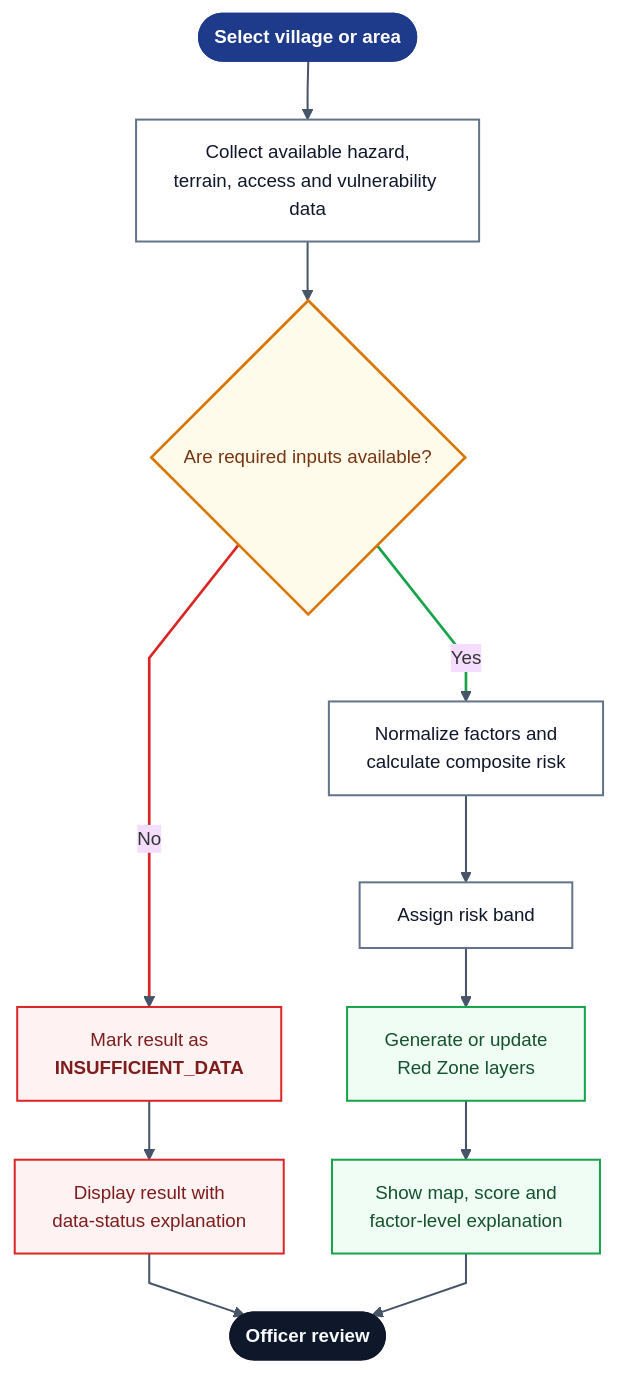
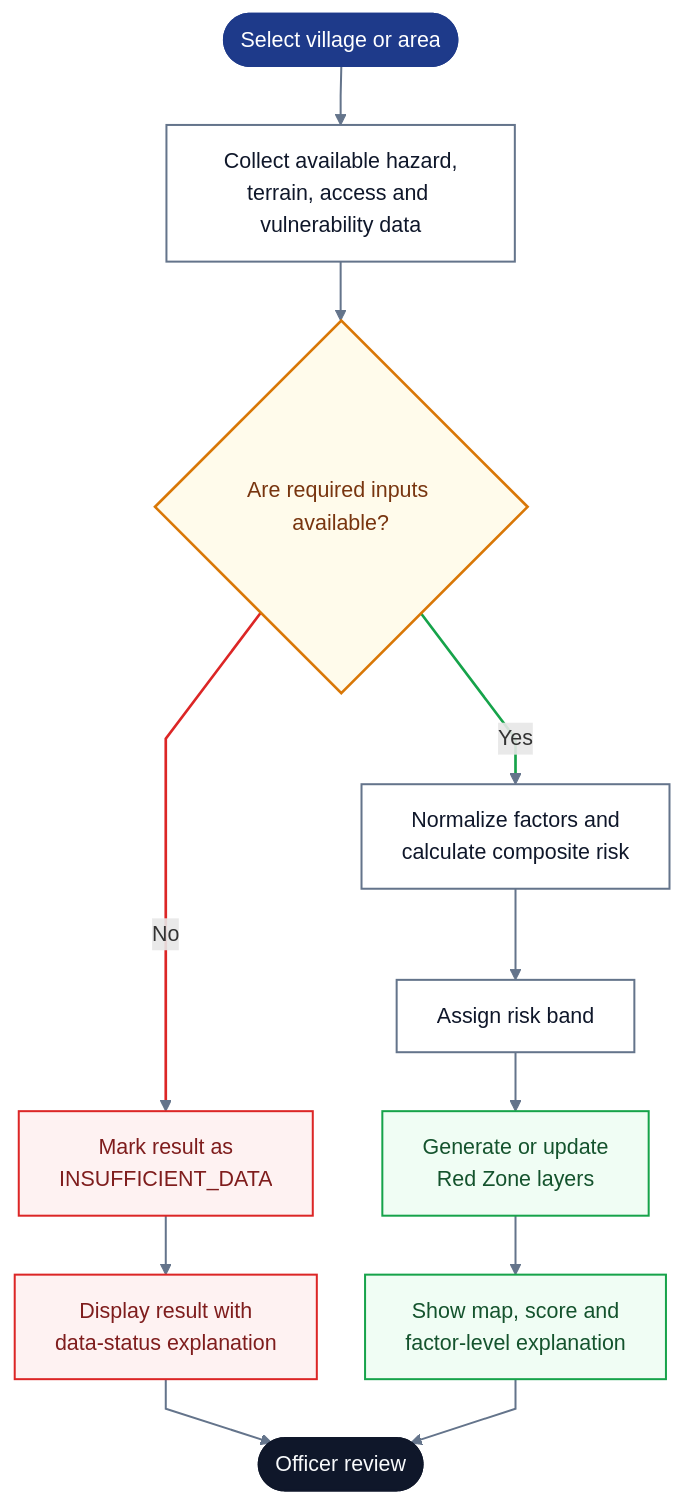
The third of 4 diagrams in README.md (OjaswiJoshi13/rakshakgis), drawn with Mermaid before and after one commit. The commit also changed other lines of this file, not shown here.

Commit message:
docs(readme): expand documentation with setup runbooks, layered architecture, and data workflows

````diff
--- a/README.md
+++ b/README.md
@@ -130,32 +171,32 @@
 ```mermaid
-%%{init: {'theme':'base','flowchart':{'curve':'linear','nodeSpacing':36,'rankSpacing':44,'padding':14},'themeVariables':{'fontFamily':'Inter, Segoe UI, Helvetica, Arial, sans-serif','fontSize':'14px','lineColor':'#475569'}}}%%
+%%{init: {'flowchart':{'curve':'linear','nodeSpacing':36,'rankSpacing':44}}}%%
 flowchart TD
-    A(["<b>Select village or area</b>"]) --> B["Collect available hazard,<br/>terrain, access and vulnerability data"]
+    A(["Select village or area"]) --> B["Collect available hazard,<br/>terrain, access and vulnerability data"]
     B --> C{"Are required inputs available?"}
-    C -- No --> D["Mark result as<br/><b>INSUFFICIENT_DATA</b>"]
+    C -- No --> D["Mark result as<br/>INSUFFICIENT_DATA"]
     C -- Yes --> E["Normalize factors and<br/>calculate composite risk"]
     E --> F["Assign risk band"]
     F --> G["Generate or update<br/>Red Zone layers"]
     D --> H["Display result with<br/>data-status explanation"]
     G --> I["Show map, score and<br/>factor-level explanation"]
-    H --> J(["<b>Officer review</b>"])
+    H --> J(["Officer review"])
     I --> J
 
     classDef start fill:#1E3A8A,stroke:#1E3A8A,stroke-width:1.5px,color:#FFFFFF
     classDef step fill:#FFFFFF,stroke:#64748B,stroke-width:1.5px,color:#0F172A
     classDef decision fill:#FFFBEB,stroke:#D97706,stroke-width:2px,color:#78350F
     classDef neg fill:#FEF2F2,stroke:#DC2626,stroke-width:1.5px,color:#7F1D1D
     classDef pos fill:#F0FDF4,stroke:#16A34A,stroke-width:1.5px,color:#14532D
     classDef review fill:#0F172A,stroke:#0F172A,stroke-width:1.5px,color:#F8FAFC
 
     class A start
     class B,E,F step
     class C decision
     class D,H neg
     class G,I pos
     class J review
 
-    linkStyle default stroke:#475569,stroke-width:1.5px
+    linkStyle default stroke:#64748B,stroke-width:1.5px
     linkStyle 2 stroke:#DC2626,stroke-width:2px
     linkStyle 3 stroke:#16A34A,stroke-width:2px
 ```
````
